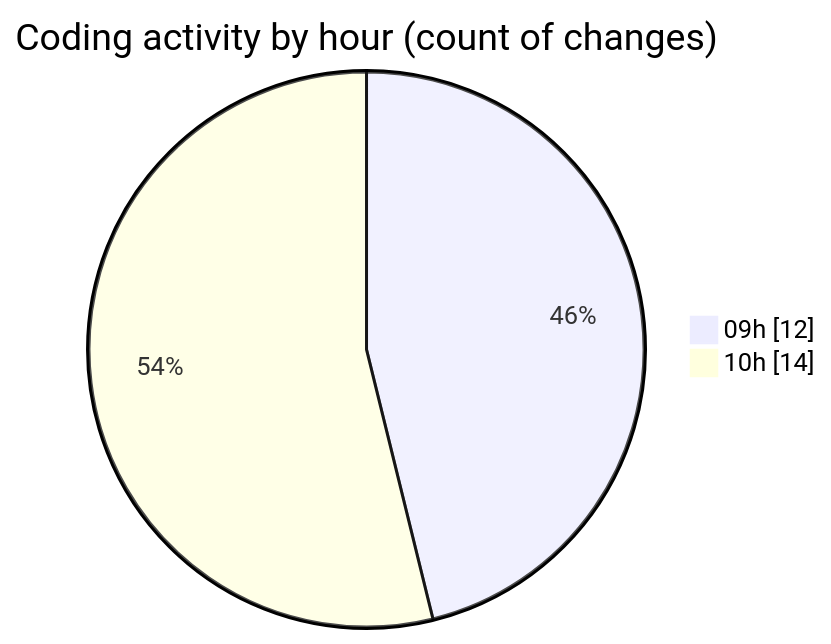
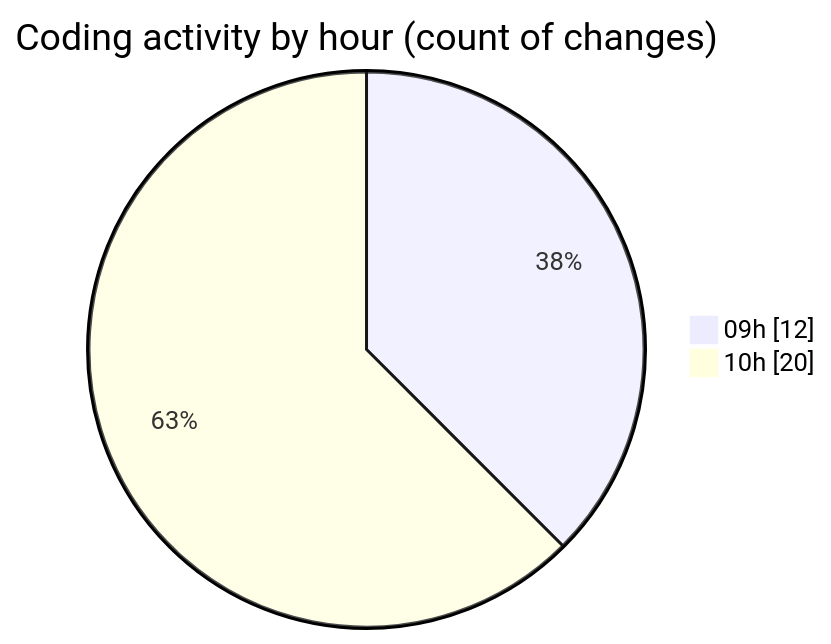
Before and after one commit to momahboobian/code-tracking: the second of 2 diagrams in 2025-10-03/cda/README.md, drawn with Mermaid. The commit also changed other lines of this file and 1 other file, not shown here.

````diff
--- a/2025-10-03/cda/README.md
+++ b/2025-10-03/cda/README.md
@@ -31,6 +31,6 @@
 ```mermaid
 pie showData
 title Coding activity by hour (count of changes)
 "09h" : 12
-"10h" : 14
+"10h" : 20
 ```
````
